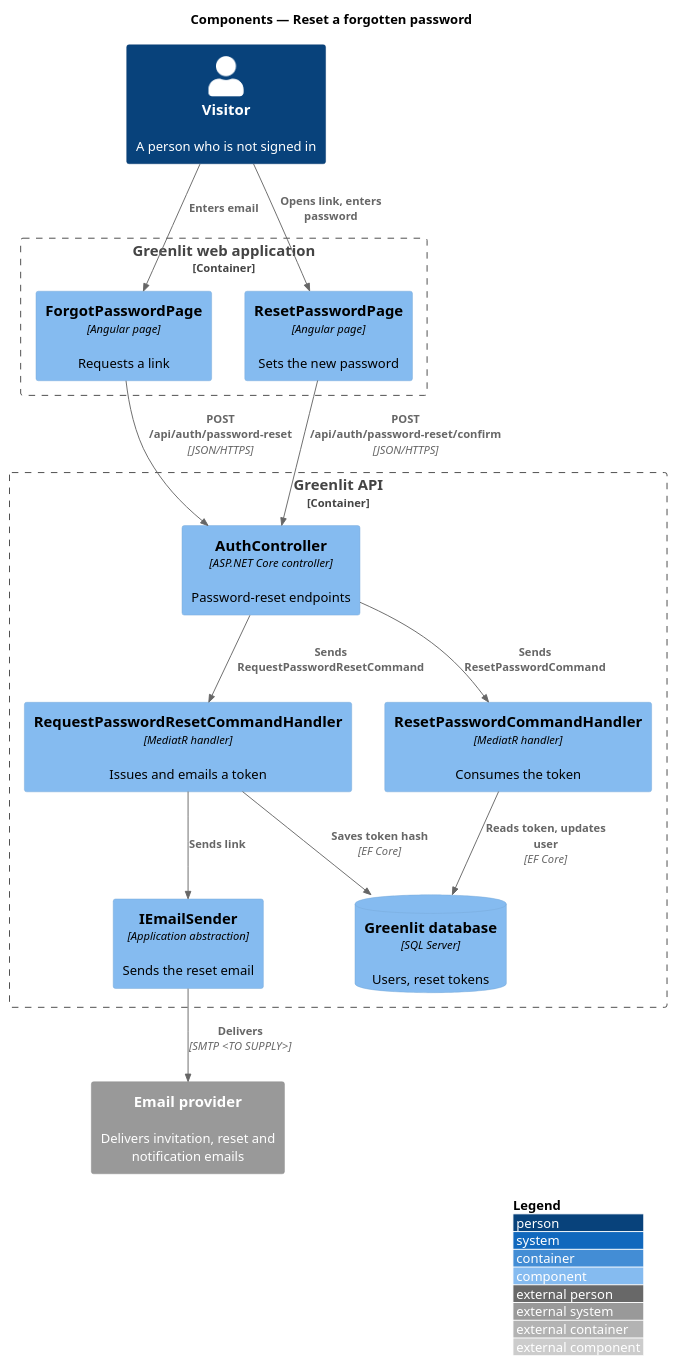
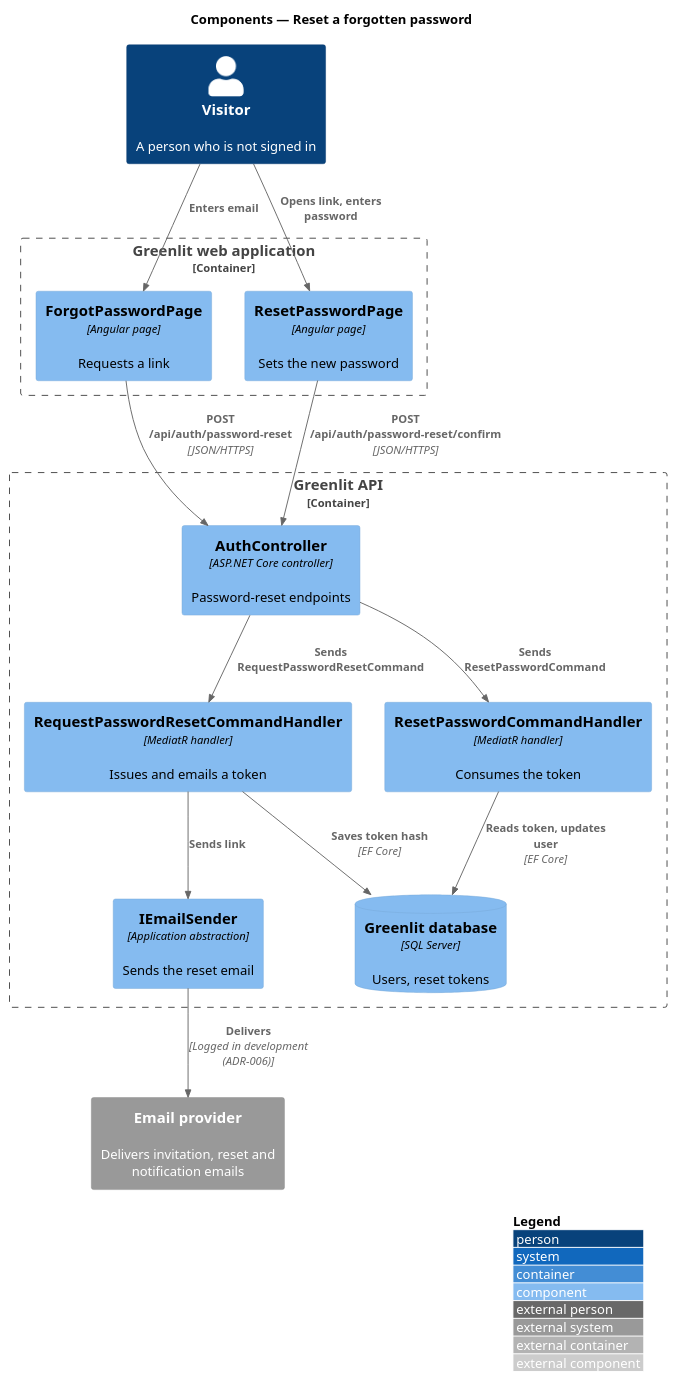
Before and after one commit to QuinntyneBrown/greenlit: the diagram in docs/detailed-designs/identity-and-access/reset-password/diagrams/c4-component.puml, drawn with PlantUML. The commit also changed 4 other files, not shown here.

```diff
--- a/docs/detailed-designs/identity-and-access/reset-password/diagrams/c4-component.puml
+++ b/docs/detailed-designs/identity-and-access/reset-password/diagrams/c4-component.puml
@@ -1,30 +1,30 @@
 @startuml
 !include <C4/C4_Component>
 LAYOUT_WITH_LEGEND()
 title Components — Reset a forgotten password
 
 Person(visitor, "Visitor", "A person who is not signed in")
 Container_Boundary(spa_b, "Greenlit web application") {
   Component(forgot, "ForgotPasswordPage", "Angular page", "Requests a link")
   Component(reset, "ResetPasswordPage", "Angular page", "Sets the new password")
 }
 Container_Boundary(api_b, "Greenlit API") {
   Component(ctrl, "AuthController", "ASP.NET Core controller", "Password-reset endpoints")
   Component(req, "RequestPasswordResetCommandHandler", "MediatR handler", "Issues and emails a token")
   Component(conf, "ResetPasswordCommandHandler", "MediatR handler", "Consumes the token")
   Component(mail, "IEmailSender", "Application abstraction", "Sends the reset email")
   ComponentDb(db, "Greenlit database", "SQL Server", "Users, reset tokens")
 }
 System_Ext(email, "Email provider", "Delivers invitation, reset and notification emails")
 
 Rel(visitor, forgot, "Enters email")
 Rel(visitor, reset, "Opens link, enters password")
 Rel(forgot, ctrl, "POST /api/auth/password-reset", "JSON/HTTPS")
 Rel(reset, ctrl, "POST /api/auth/password-reset/confirm", "JSON/HTTPS")
 Rel(ctrl, req, "Sends RequestPasswordResetCommand")
 Rel(ctrl, conf, "Sends ResetPasswordCommand")
 Rel(req, mail, "Sends link")
 Rel(req, db, "Saves token hash", "EF Core")
 Rel(conf, db, "Reads token, updates user", "EF Core")
-Rel(mail, email, "Delivers", "SMTP <TO SUPPLY>")
+Rel(mail, email, "Delivers", "Logged in development (ADR-006)")
 @enduml
```
